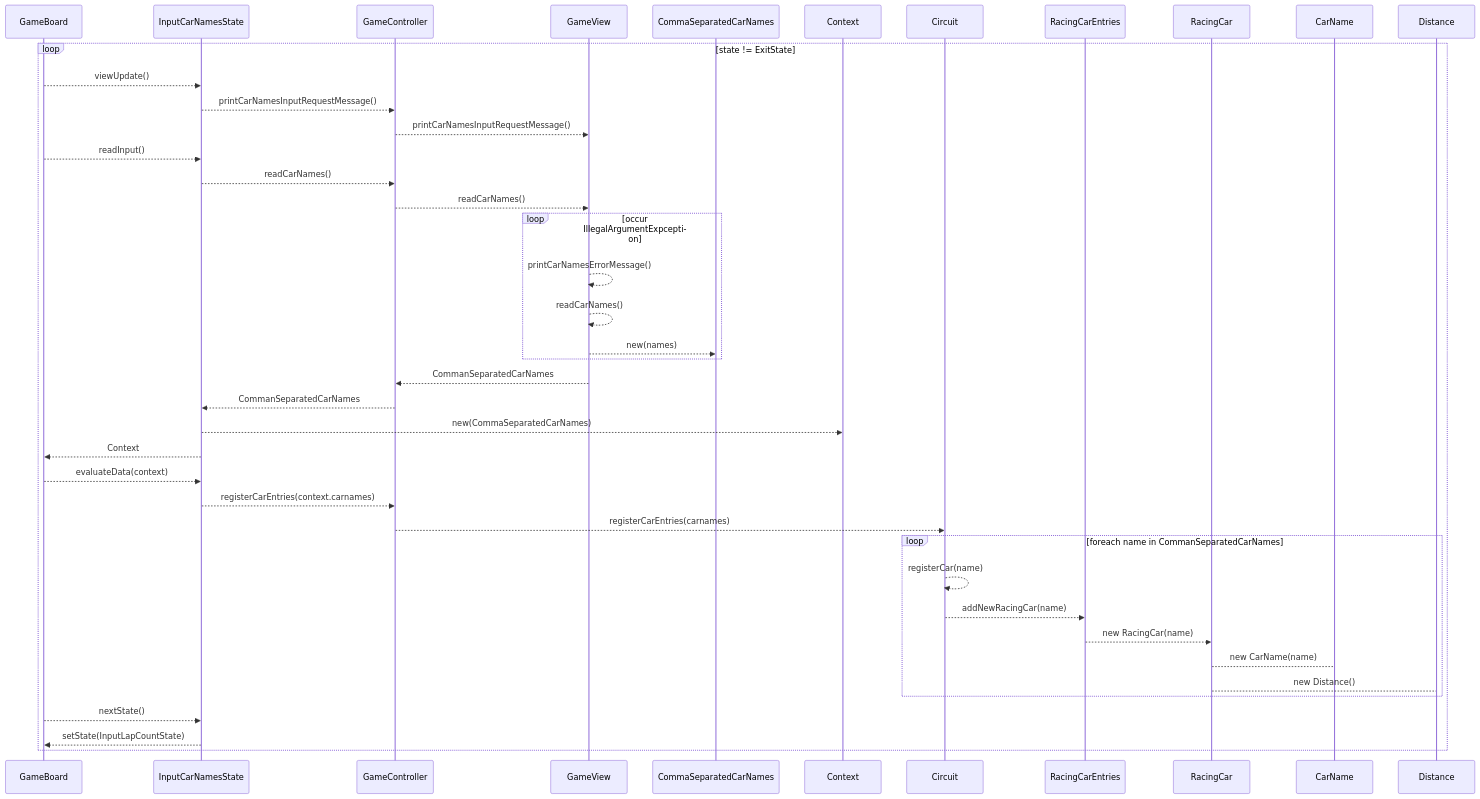
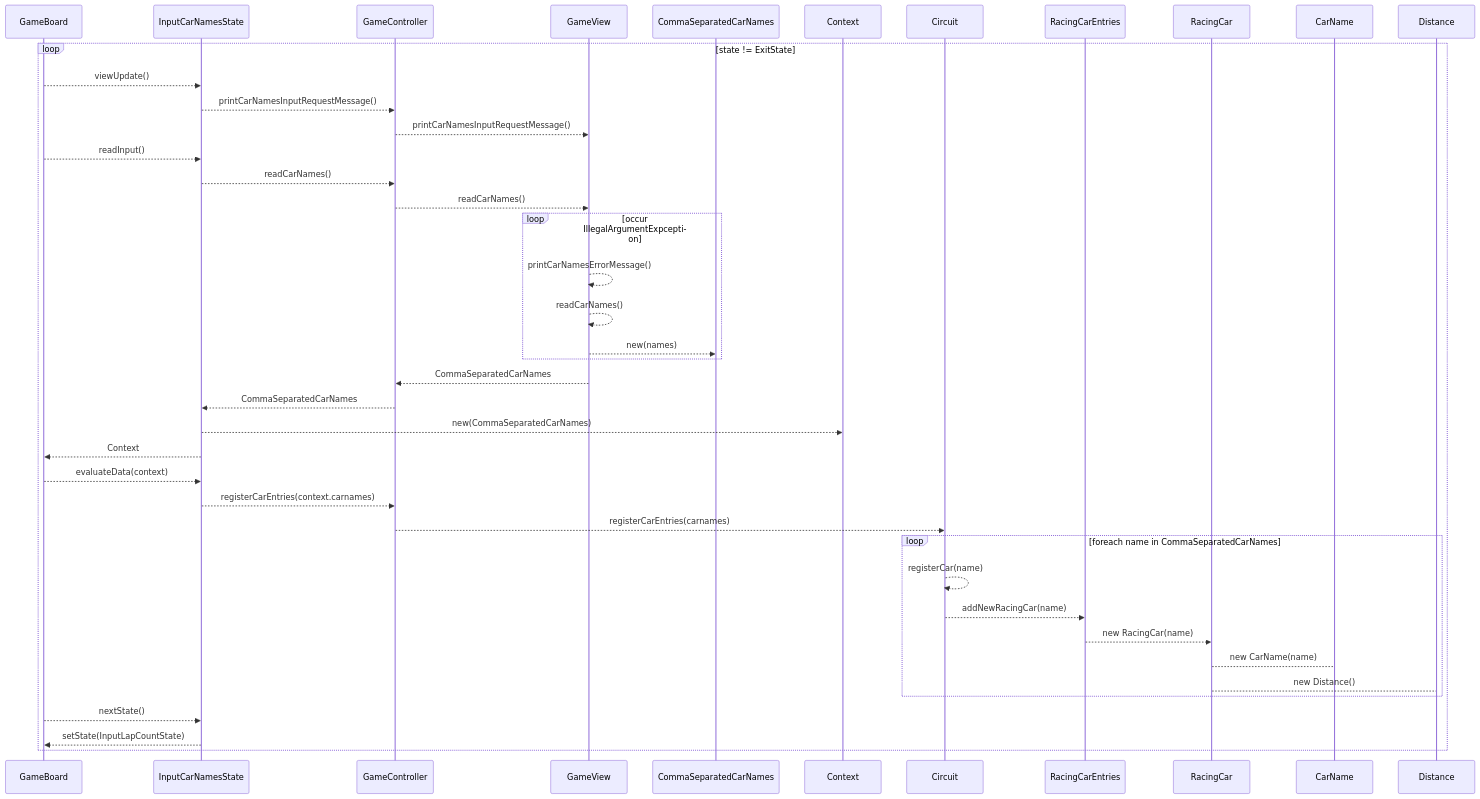
One commit to digiry/java-racingcar-precourse changed the third of 8 diagrams in docs/sequence_diagram.md. Above: the diagram before and after it, drawn with Mermaid. The commit also changed other lines of this file, not shown here.

Commit message:
docs: fix typo

````diff
--- a/docs/sequence_diagram.md
+++ b/docs/sequence_diagram.md
@@ -64,50 +64,50 @@
 ```mermaid
 sequenceDiagram
     participant GameBoard
     participant InputCarNamesState
     participant GameController
     participant GameView
     participant CommaSeparatedCarNames
     participant Context
     participant Circuit
     participant RacingCarEntries
     participant RacingCar
     participant CarName
     participant Distance
 
     loop state != ExitState
         GameBoard -->> InputCarNamesState: viewUpdate()
         InputCarNamesState -->> GameController: printCarNamesInputRequestMessage()
         GameController -->> GameView: printCarNamesInputRequestMessage()
 
         GameBoard -->> InputCarNamesState: readInput()
         InputCarNamesState -->> GameController: readCarNames()
         GameController -->> GameView: readCarNames()
 
         loop occur IllegalArgumentExpception
             GameView -->> GameView: printCarNamesErrorMessage()
             GameView -->> GameView: readCarNames()
             GameView -->> CommaSeparatedCarNames: new(names)
         end
 
-        GameView -->> GameController : CommanSeparatedCarNames
-        GameController -->> InputCarNamesState : CommanSeparatedCarNames
+        GameView -->> GameController : CommaSeparatedCarNames
+        GameController -->> InputCarNamesState : CommaSeparatedCarNames
         InputCarNamesState -->> Context : new(CommaSeparatedCarNames)
         InputCarNamesState -->> GameBoard : Context
 
         GameBoard -->> InputCarNamesState : evaluateData(context)
         InputCarNamesState -->> GameController : registerCarEntries(context.carnames)
         GameController -->> Circuit : registerCarEntries(carnames)
 
-        loop foreach name in CommanSeparatedCarNames
+        loop foreach name in CommaSeparatedCarNames
             Circuit -->> Circuit : registerCar(name)
             Circuit -->> RacingCarEntries : addNewRacingCar(name)
             RacingCarEntries -->> RacingCar : new RacingCar(name)
             RacingCar --> CarName : new CarName(name)
             RacingCar --> Distance : new Distance()
         end
 
         GameBoard -->> InputCarNamesState : nextState()
         InputCarNamesState -->> GameBoard : setState(InputLapCountState)
     end
 ```
````
